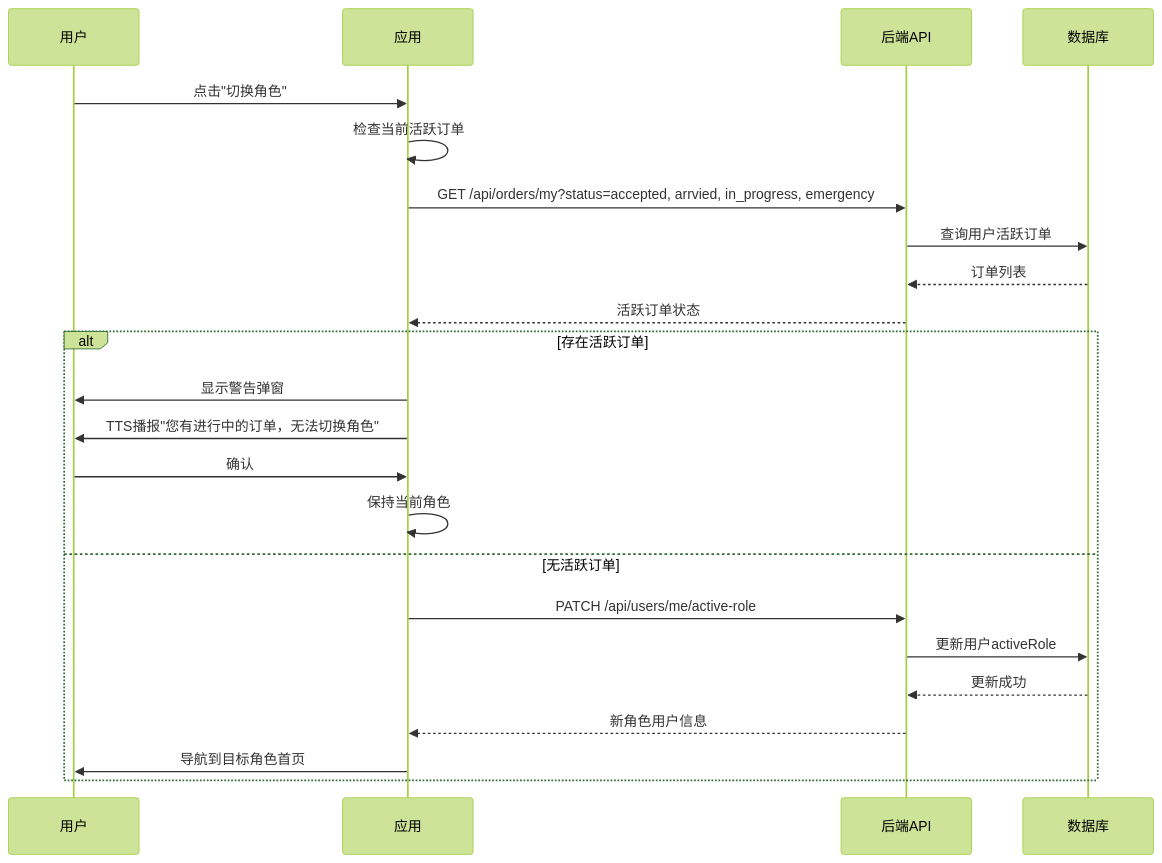
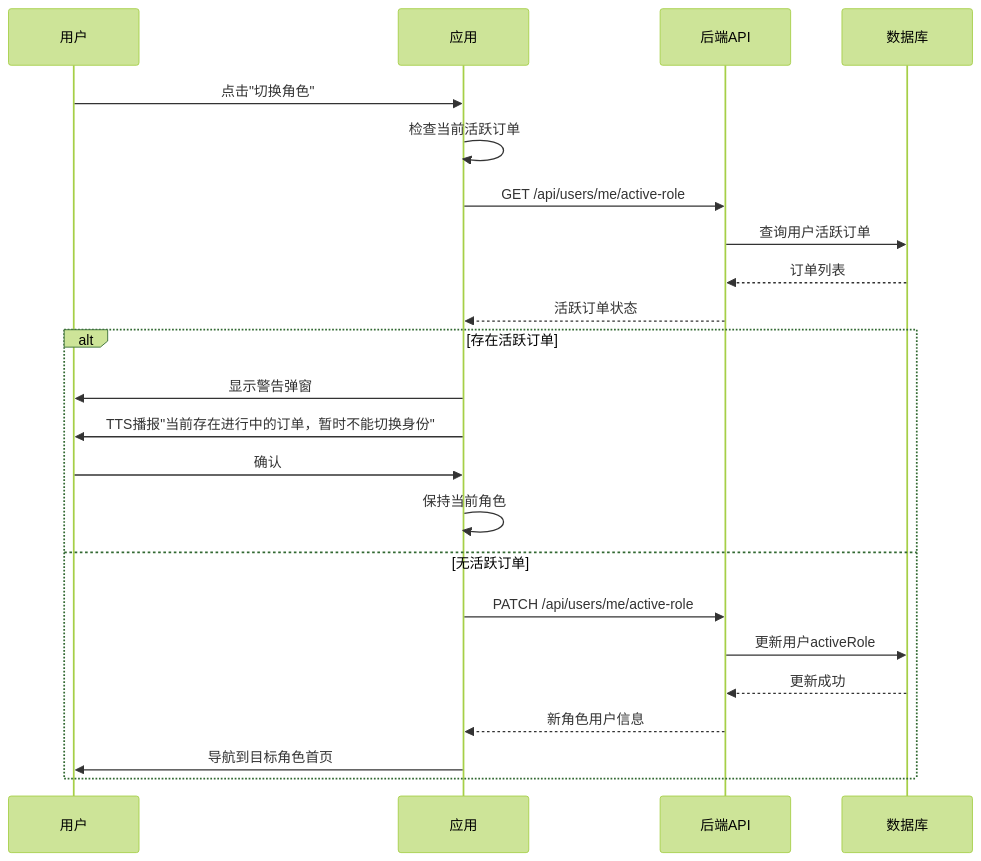
The fifth of 8 diagrams in .qoder/repowiki/zh/content/核心功能模块/角色管理系统.md (Jayden23018/blind-run-ios), drawn with Mermaid (forest theme) before and after one commit. The commit also changed other lines of this file and 22 other files, not shown here.

````diff
--- a/.qoder/repowiki/zh/content/核心功能模块/角色管理系统.md
+++ b/.qoder/repowiki/zh/content/核心功能模块/角色管理系统.md
@@ -196,25 +218,25 @@
 ```mermaid
 sequenceDiagram
 participant User as 用户
 participant App as 应用
 participant API as 后端API
 participant DB as 数据库
 User->>App : 点击"切换角色"
 App->>App : 检查当前活跃订单
-App->>API : GET /api/orders/my?status=accepted, arrvied, in_progress, emergency
+App->>API : GET /api/users/me/active-role
 API->>DB : 查询用户活跃订单
 DB-->>API : 订单列表
 API-->>App : 活跃订单状态
 alt 存在活跃订单
 App->>User : 显示警告弹窗
-App->>User : TTS播报"您有进行中的订单，无法切换角色"
+App->>User : TTS播报"当前存在进行中的订单，暂时不能切换身份"
 User->>App : 确认
 App->>App : 保持当前角色
 else 无活跃订单
 App->>API : PATCH /api/users/me/active-role
 API->>DB : 更新用户activeRole
 DB-->>API : 更新成功
 API-->>App : 新角色用户信息
 App->>User : 导航到目标角色首页
 end
 ```
````
